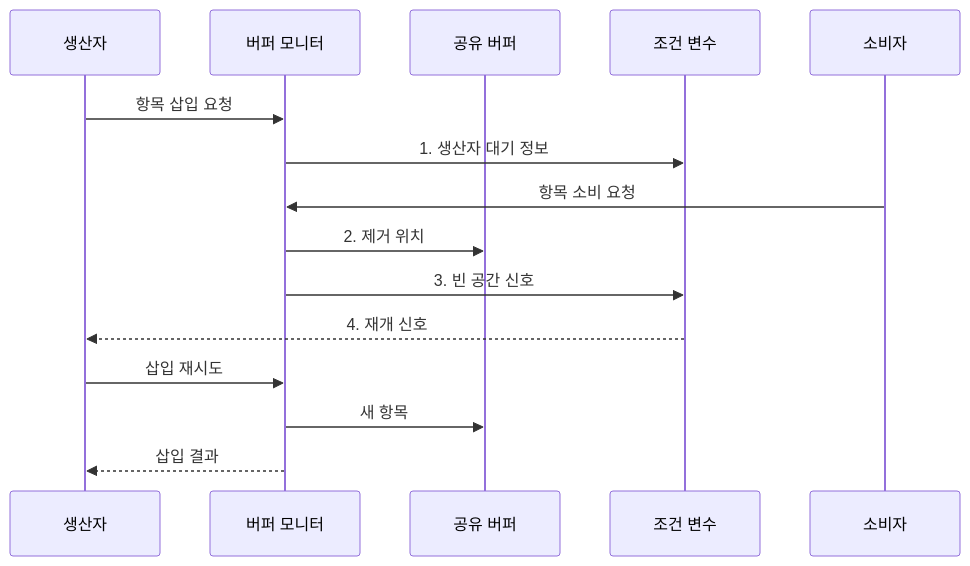
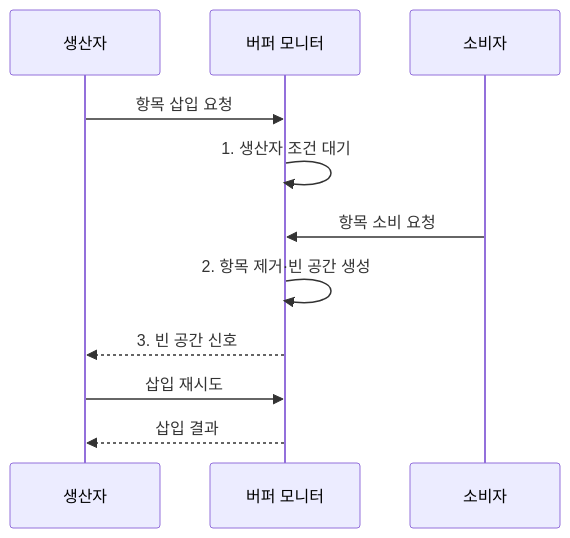
The second of 2 diagrams in src/content/docs/notes/03-software/012_synchronization.md (agnusdei1207/knowledge-base), drawn with Mermaid before and after one commit. The commit also changed other lines of this file and 9 other files, not shown here.

Commit message:
Simplify software execution diagrams

````diff
--- a/src/content/docs/notes/03-software/012_synchronization.md
+++ b/src/content/docs/notes/03-software/012_synchronization.md
@@ -106,17 +106,13 @@
 ```mermaid
 sequenceDiagram
     participant P as 생산자
     participant M as 버퍼 모니터
-    participant B as 공유 버퍼
-    participant V as 조건 변수
     participant C as 소비자
     P->>M: 항목 삽입 요청
-    M->>V: 1. 생산자 대기 정보
+    M->>M: 1. 생산자 조건 대기
     C->>M: 항목 소비 요청
-    M->>B: 2. 제거 위치
-    M->>V: 3. 빈 공간 신호
-    V-->>P: 4. 재개 신호
+    M->>M: 2. 항목 제거·빈 공간 생성
+    M-->>P: 3. 빈 공간 신호
     P->>M: 삽입 재시도
-    M->>B: 새 항목
     M-->>P: 삽입 결과
 ```
````
